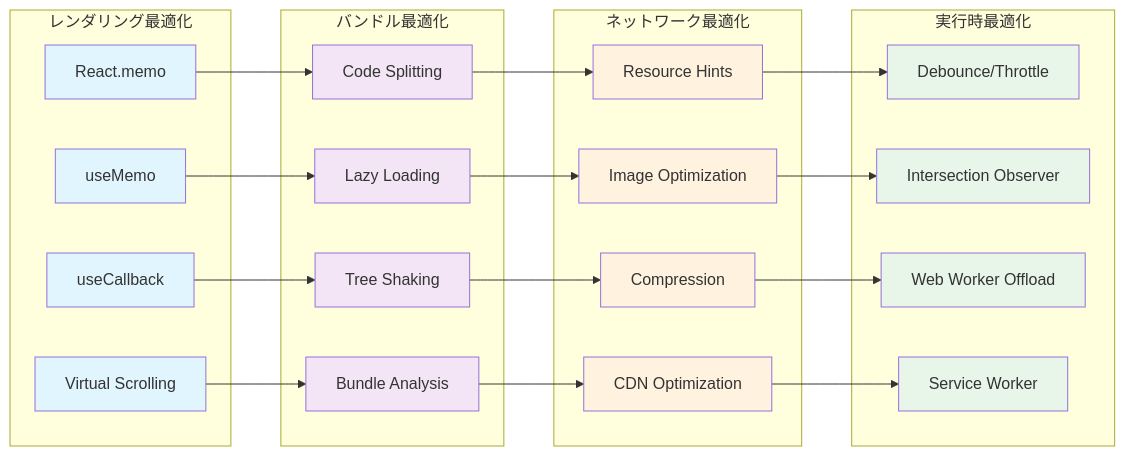
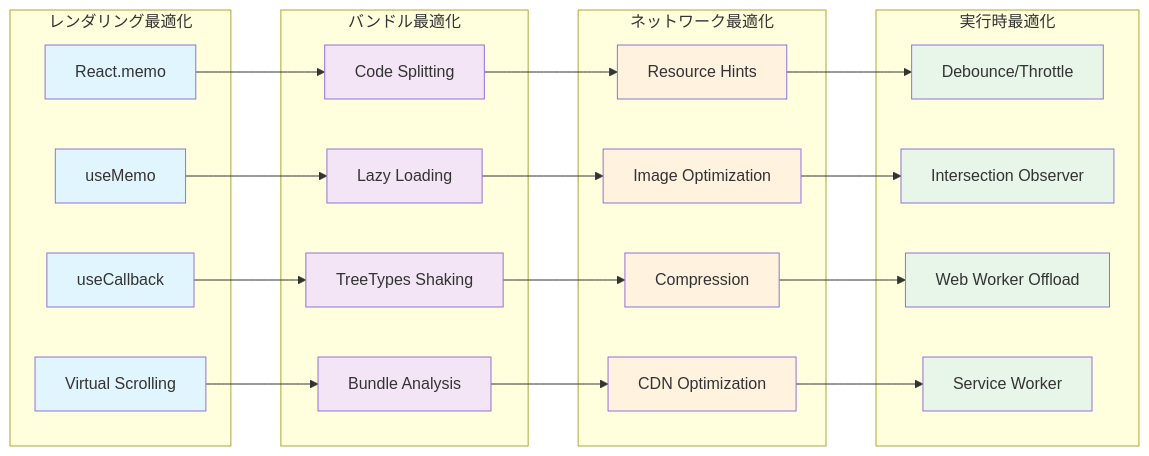
Before and after one commit to kubohiroya/hierarchidb: the second of 6 diagrams in docs/DEVELOPER_REPORT_COMPREHENSIVE/09_UI.md, drawn with Mermaid. The commit also changed other lines of this file and 452 other files, not shown here.

````diff
--- a/docs/DEVELOPER_REPORT_COMPREHENSIVE/09_UI.md
+++ b/docs/DEVELOPER_REPORT_COMPREHENSIVE/09_UI.md
@@ -93,55 +93,55 @@
 ```mermaid
 graph LR
     subgraph "レンダリング最適化"
         ReactMemo["React.memo"]
         useMemo["useMemo"]
         useCallback["useCallback"]
         VirtualScrolling["Virtual Scrolling"]
     end
     
     subgraph "バンドル最適化"
         CodeSplitting["Code Splitting"]
         LazyLoading["Lazy Loading"]
-        TreeShaking["Tree Shaking"]
+        TreeShaking["TreeTypes Shaking"]
         BundleAnalysis["Bundle Analysis"]
     end
     
     subgraph "ネットワーク最適化"
         ResourceHints["Resource Hints"]
         ImageOptimization["Image Optimization"]
         CompressionOptimization["Compression"]
         CDNOptimization["CDN Optimization"]
     end
     
     subgraph "実行時最適化"
         DebounceThrottle["Debounce/Throttle"]
         IntersectionObserver["Intersection Observer"]
         WebWorkerOffload["Web Worker Offload"]
         ServiceWorker["Service Worker"]
     end
     
     ReactMemo --> CodeSplitting
     useMemo --> LazyLoading
     useCallback --> TreeShaking
     VirtualScrolling --> BundleAnalysis
     
     CodeSplitting --> ResourceHints
     LazyLoading --> ImageOptimization
     TreeShaking --> CompressionOptimization
     BundleAnalysis --> CDNOptimization
     
     ResourceHints --> DebounceThrottle
     ImageOptimization --> IntersectionObserver
     CompressionOptimization --> WebWorkerOffload
     CDNOptimization --> ServiceWorker
     
     classDef rendering fill:#e1f5fe
     classDef bundle fill:#f3e5f5
     classDef network fill:#fff3e0
     classDef runtime fill:#e8f5e9
     
     class ReactMemo,useMemo,useCallback,VirtualScrolling rendering
     class CodeSplitting,LazyLoading,TreeShaking,BundleAnalysis bundle
     class ResourceHints,ImageOptimization,CompressionOptimization,CDNOptimization network
     class DebounceThrottle,IntersectionObserver,WebWorkerOffload,ServiceWorker runtime
 ```
````
